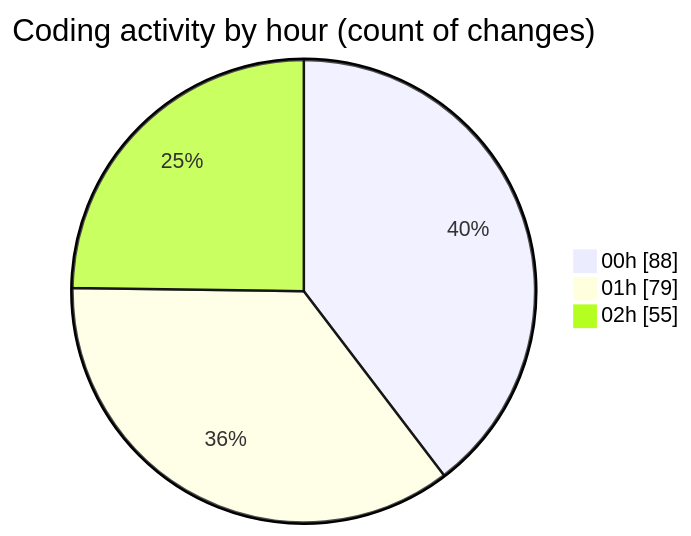
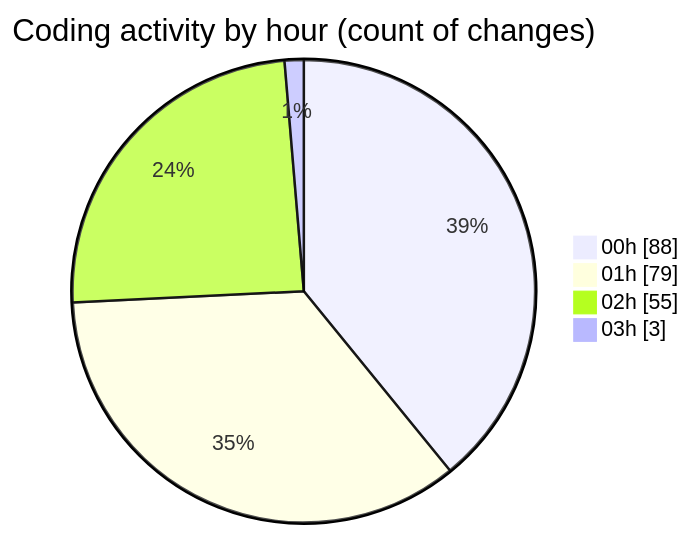
Before and after one commit to lephambinh05/code-tracking: the second of 2 diagrams in 2025-08-16/rentotp/README.md, drawn with Mermaid. The commit also changed other lines of this file and 1 other file, not shown here.

````diff
--- a/2025-08-16/rentotp/README.md
+++ b/2025-08-16/rentotp/README.md
@@ -55,7 +55,8 @@
 ```mermaid
 pie showData
 title Coding activity by hour (count of changes)
 "00h" : 88
 "01h" : 79
 "02h" : 55
+"03h" : 3
 ```
````
